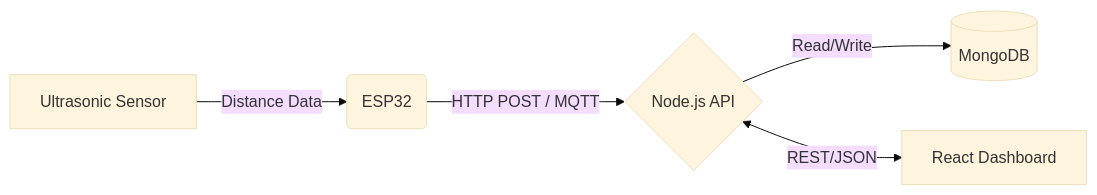
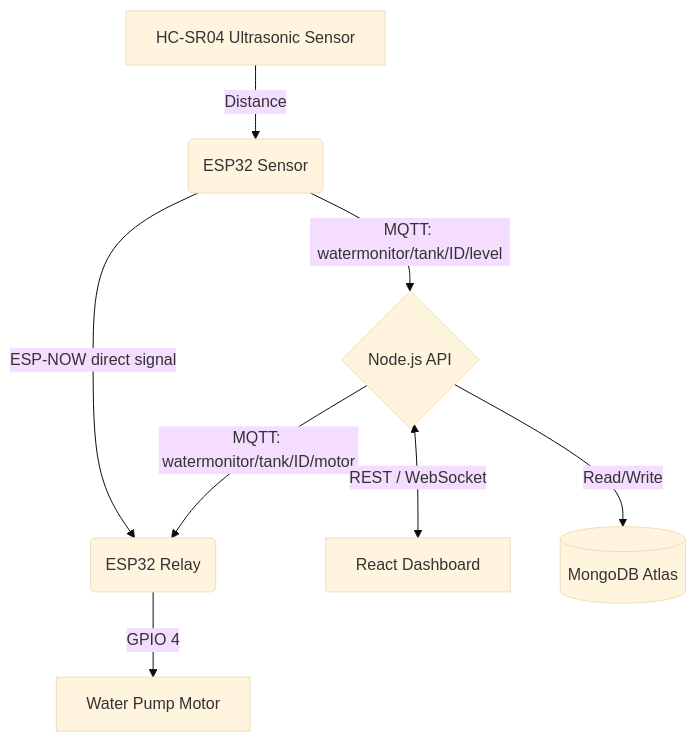
The diagram in README.md (Yuvaraj007A/water-level-monitor), drawn with Mermaid (base theme) before and after one commit. The commit also changed other lines of this file and 3 other files, not shown here.

Commit message:
docs: update all README files to reflect ESP-NOW + WiFi + MQTT architecture

````diff
--- a/README.md
+++ b/README.md
@@ -33,7 +44,10 @@
 ```mermaid
-graph LR
-    A[Ultrasonic Sensor] -->|Distance Data| B(ESP32)
-    B -->|HTTP POST / MQTT| C{Node.js API}
-    C -->|Read/Write| D[(MongoDB)]
-    C <-->|REST/JSON| E[React Dashboard]
+graph TD
+    A[HC-SR04 Ultrasonic Sensor] -->|Distance| B(ESP32 Sensor)
+    B -->|MQTT: watermonitor/tank/ID/level| C{Node.js API}
+    B -->|ESP-NOW direct signal| D(ESP32 Relay)
+    C -->|MQTT: watermonitor/tank/ID/motor| D
+    D -->|GPIO 4| E[Water Pump Motor]
+    C <-->|REST / WebSocket| F[React Dashboard]
+    C -->|Read/Write| G[(MongoDB Atlas)]
 ```
````
